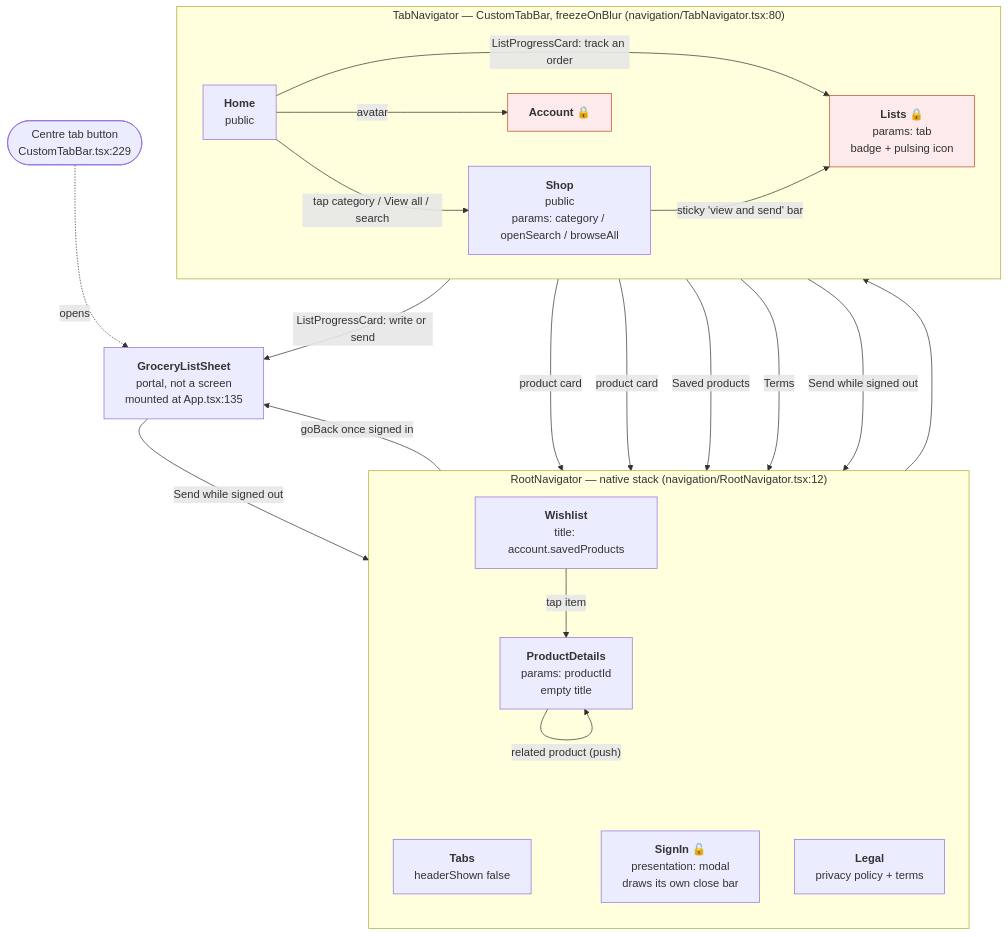
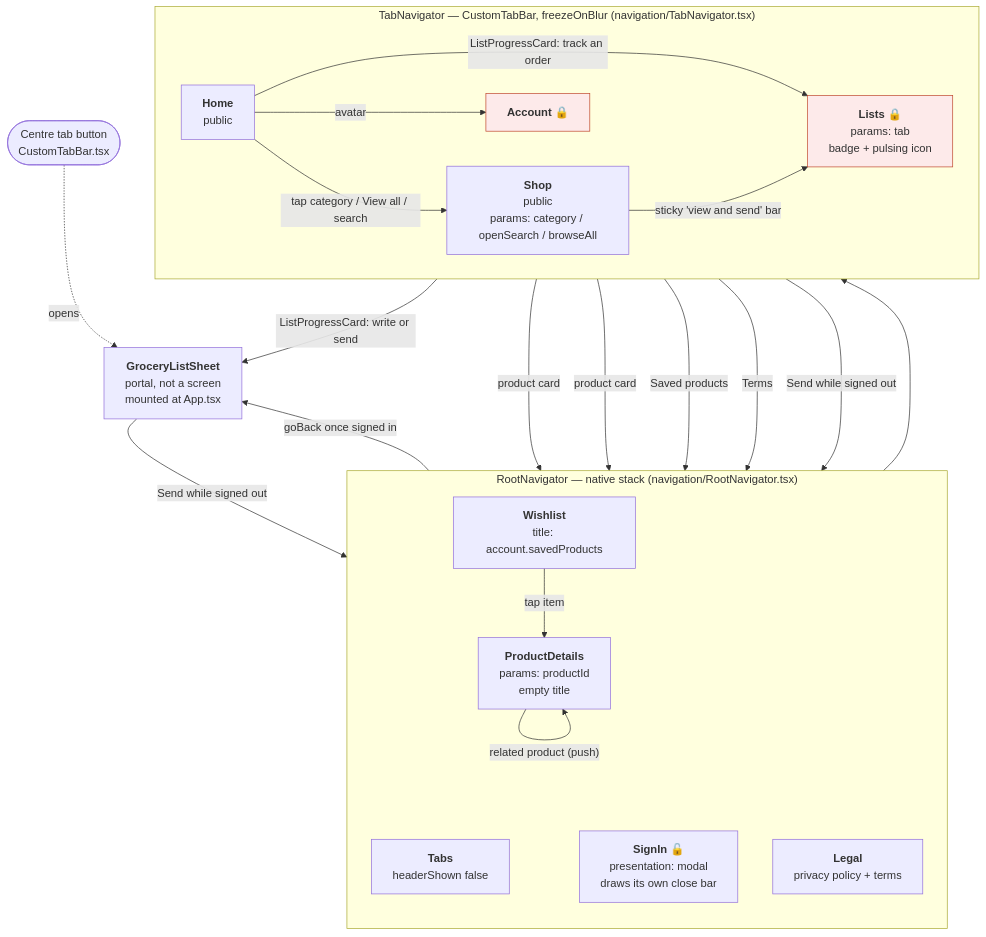
The first of 2 diagrams in docs/MOBILE-APP.md (shiv-anshu-gupta/TypeScriptProject), drawn with Mermaid before and after one commit. The commit also changed other lines of this file and 229 other files, not shown here.

````diff
--- a/docs/MOBILE-APP.md
+++ b/docs/MOBILE-APP.md
@@ -125,42 +125,42 @@
 ```mermaid
 flowchart TD
-    subgraph RootStack["RootNavigator — native stack (navigation/RootNavigator.tsx:12)"]
-        direction TB
-        Tabs["<b>Tabs</b><br/>headerShown false"]
-        PD["<b>ProductDetails</b><br/>params: productId<br/>empty title"]
-        WLS["<b>Wishlist</b><br/>title: account.savedProducts"]
-        SI["<b>SignIn</b> 🔓<br/>presentation: modal<br/>draws its own close bar"]
-        LG["<b>Legal</b><br/>privacy policy + terms"]
-    end
+ subgraph RootStack["RootNavigator — native stack (navigation/RootNavigator.tsx)"]
+ direction TB
+ Tabs["<b>Tabs</b><br/>headerShown false"]
+ PD["<b>ProductDetails</b><br/>params: productId<br/>empty title"]
+ WLS["<b>Wishlist</b><br/>title: account.savedProducts"]
+ SI["<b>SignIn</b> 🔓<br/>presentation: modal<br/>draws its own close bar"]
+ LG["<b>Legal</b><br/>privacy policy + terms"]
+ end
 
-    subgraph TabNav["TabNavigator — CustomTabBar, freezeOnBlur (navigation/TabNavigator.tsx:80)"]
-        direction LR
-        H["<b>Home</b><br/>public"]
-        S["<b>Shop</b><br/>public<br/>params: category / openSearch / browseAll"]
-        L["<b>Lists</b> 🔒<br/>params: tab<br/>badge + pulsing icon"]
-        A["<b>Account</b> 🔒"]
-    end
+ subgraph TabNav["TabNavigator — CustomTabBar, freezeOnBlur (navigation/TabNavigator.tsx)"]
+ direction LR
+ H["<b>Home</b><br/>public"]
+ S["<b>Shop</b><br/>public<br/>params: category / openSearch / browseAll"]
+ L["<b>Lists</b> 🔒<br/>params: tab<br/>badge + pulsing icon"]
+ A["<b>Account</b> 🔒"]
+ end
 
-    Tabs --> TabNav
+ Tabs --> TabNav
 
-    CTR(["Centre tab button<br/>CustomTabBar.tsx:229"]) -.opens.-> GLS
-    GLS["<b>GroceryListSheet</b><br/>portal, not a screen<br/>mounted at App.tsx:135"]
+ CTR(["Centre tab button<br/>CustomTabBar.tsx"]) -.opens.-> GLS
+ GLS["<b>GroceryListSheet</b><br/>portal, not a screen<br/>mounted at App.tsx"]
 
-    H -- "tap category / View all / search" --> S
-    H -- "ListProgressCard: write or send" --> GLS
-    H -- "ListProgressCard: track an order" --> L
-    H -- "avatar" --> A
-    H -- "product card" --> PD
-    S -- "product card" --> PD
-    S -- "sticky 'view and send' bar" --> L
-    A -- "Saved products" --> WLS
-    A -- "Terms" --> LG
-    WLS -- "tap item" --> PD
-    PD -- "related product (push)" --> PD
-    GLS -- "Send while signed out" --> SI
-    L -- "Send while signed out" --> SI
-    SI -- "goBack once signed in" --> GLS
+ H -- "tap category / View all / search" --> S
+ H -- "ListProgressCard: write or send" --> GLS
+ H -- "ListProgressCard: track an order" --> L
+ H -- "avatar" --> A
+ H -- "product card" --> PD
+ S -- "product card" --> PD
+ S -- "sticky 'view and send' bar" --> L
+ A -- "Saved products" --> WLS
+ A -- "Terms" --> LG
+ WLS -- "tap item" --> PD
+ PD -- "related product (push)" --> PD
+ GLS -- "Send while signed out" --> SI
+ L -- "Send while signed out" --> SI
+ SI -- "goBack once signed in" --> GLS
 
-    classDef locked fill:#fdeaea,stroke:#c0492f
-    class L,A locked
+ classDef locked fill:#fdeaea,stroke:#c0492f
+ class L,A locked
 ```
````
